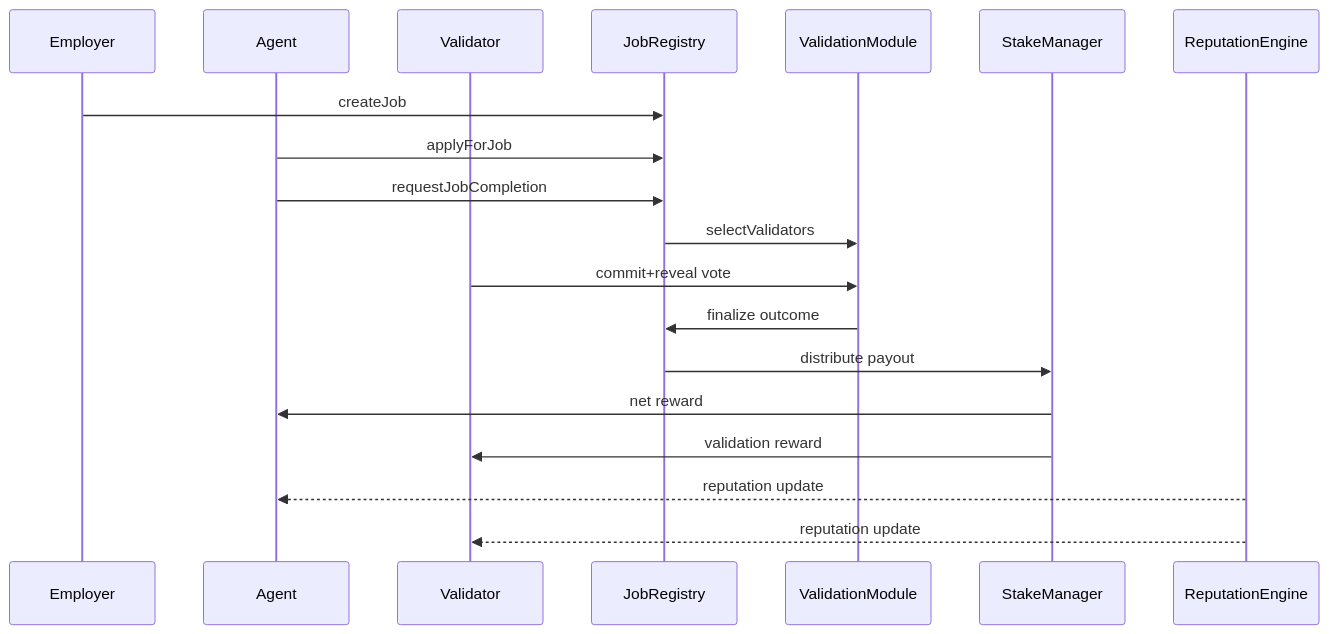
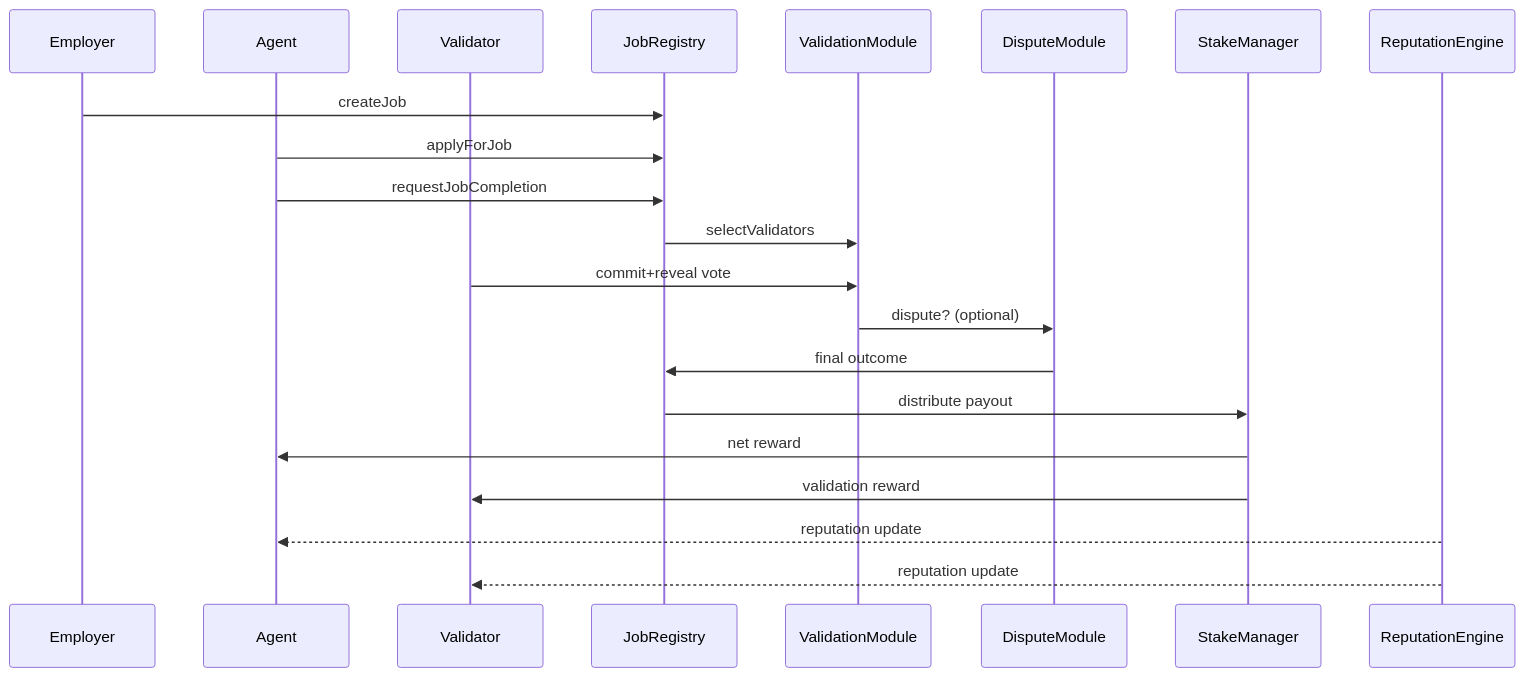
Before and after one commit to MontrealAI/AGIJobsv0: the second of 2 diagrams in docs/architecture-v2.md, drawn with Mermaid. The commit also changed other lines of this file and 2 other files, not shown here.

Commit message:
feat: add dispute module interface

````diff
--- a/docs/architecture-v2.md
+++ b/docs/architecture-v2.md
@@ -27,22 +30,24 @@
 ```mermaid
 sequenceDiagram
     participant Emp as Employer
     participant Ag as Agent
     participant Val as Validator
     participant JR as JobRegistry
     participant VM as ValidationModule
+    participant DM as DisputeModule
     participant SM as StakeManager
     participant RE as ReputationEngine
 
     Emp->>JR: createJob
     Ag->>JR: applyForJob
     Ag->>JR: requestJobCompletion
     JR->>VM: selectValidators
     Val->>VM: commit+reveal vote
-    VM->>JR: finalize outcome
+    VM->>DM: dispute? (optional)
+    DM->>JR: final outcome
     JR->>SM: distribute payout
     SM->>Ag: net reward
     SM->>Val: validation reward
     RE-->>Ag: reputation update
     RE-->>Val: reputation update
 ```
````
